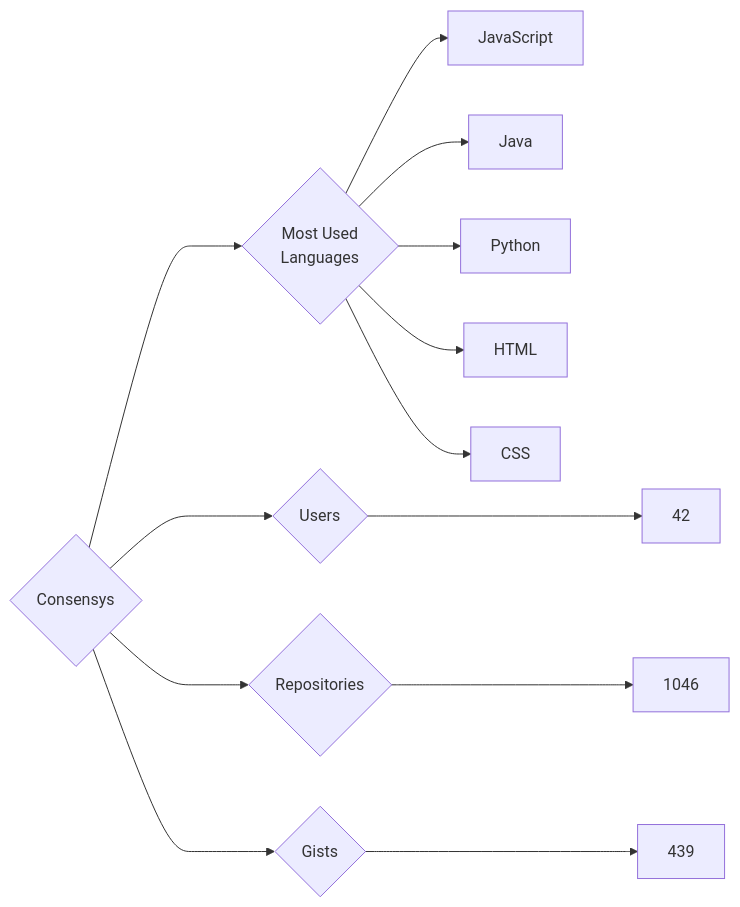
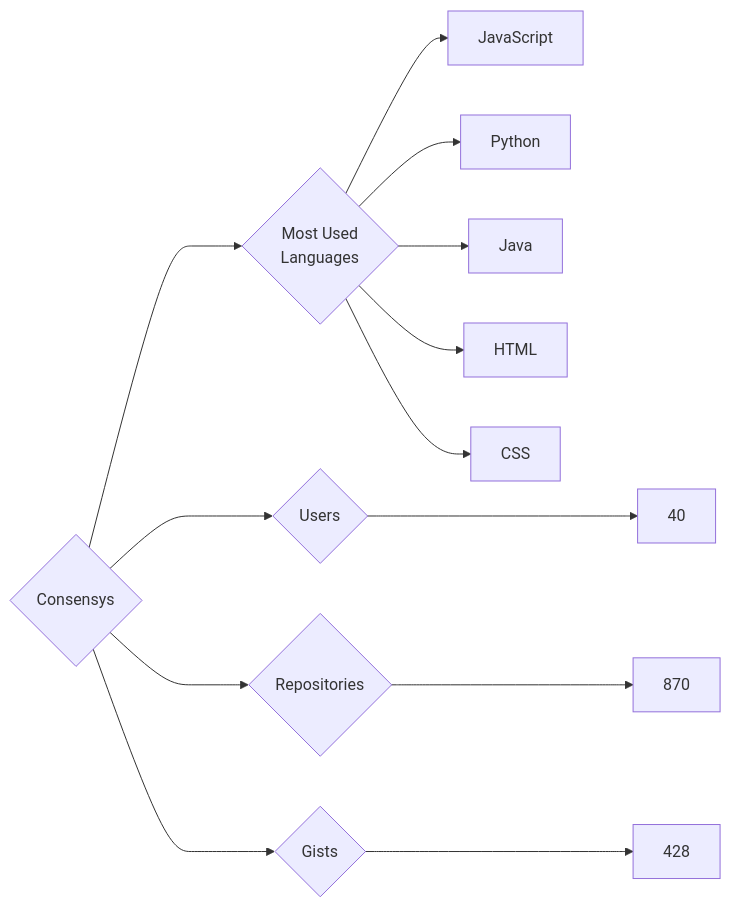
Before and after one commit to trickest/insiders: the diagram in targets/Consensys/README.md, drawn with Mermaid. The commit also changed 873 other files, not shown here.

````diff
--- a/targets/Consensys/README.md
+++ b/targets/Consensys/README.md
@@ -3,13 +3,13 @@
 ```mermaid
 graph LR
 COMPANY_NAME{Consensys}
-COMPANY_NAME ---> U{Users} ---> UN[42]
-COMPANY_NAME ---> R{Repositories} ---> RN[1046]
-COMPANY_NAME ---> G{Gists} ---> GN[439]
+COMPANY_NAME ---> U{Users} ---> UN[40]
+COMPANY_NAME ---> R{Repositories} ---> RN[870]
+COMPANY_NAME ---> G{Gists} ---> GN[428]
 COMPANY_NAME ---> ML{Most Used<br>Languages}
 ML --> JavaScript[JavaScript]
+ML --> Python[Python]
 ML --> Java[Java]
-ML --> Python[Python]
 ML --> HTML[HTML]
 ML --> CSS[CSS]
 ```
````
